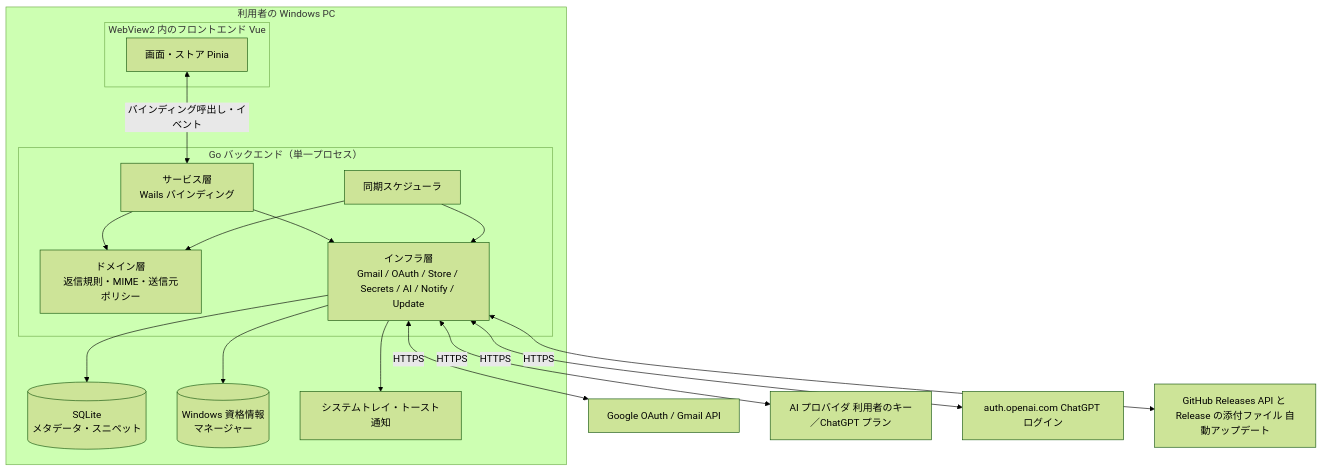
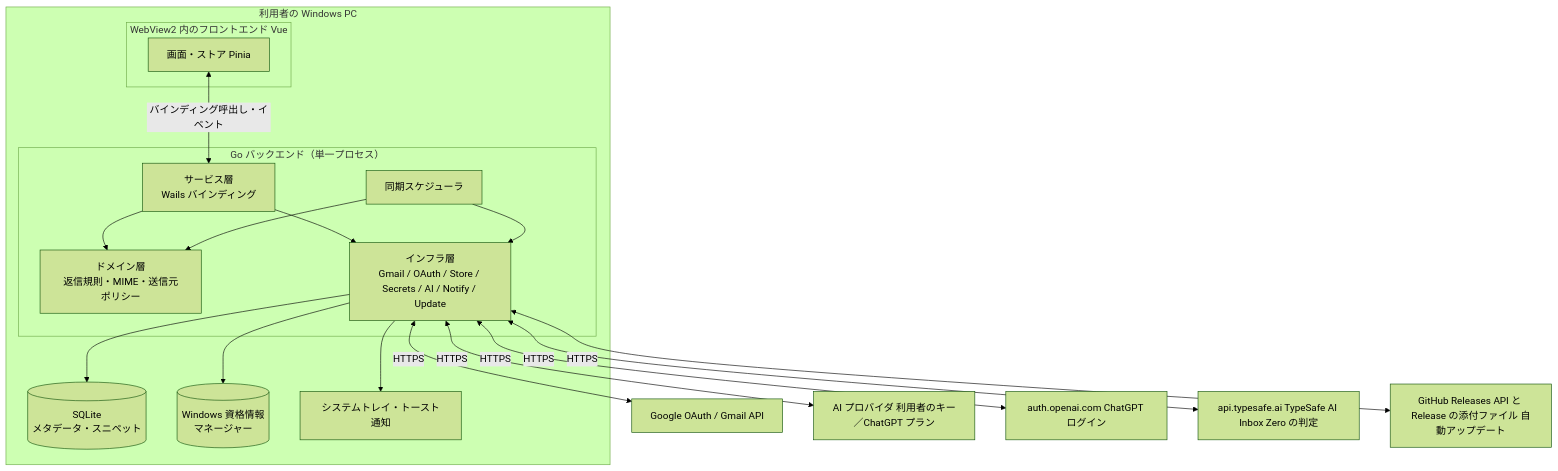
The first of 8 diagrams in docs/architecture/overview.md (ousiassllc/hitomado), drawn with Mermaid (forest theme) before and after one commit. The commit also changed other lines of this file and 2 other files, not shown here.

First line of the commit message:
docs: Inbox Zero の通信先 api.typesafe.ai を NF §2・README・アーキテクチャに追記

````diff
--- a/docs/architecture/overview.md
+++ b/docs/architecture/overview.md
@@ -41,29 +41,30 @@
 ```mermaid
 graph TD
   subgraph PC[利用者の Windows PC]
     subgraph FE[WebView2 内のフロントエンド Vue]
       V[画面・ストア Pinia]
     end
     subgraph BE[Go バックエンド（単一プロセス）]
       SV[サービス層<br/>Wails バインディング]
       DM[ドメイン層<br/>返信規則・MIME・送信元ポリシー]
       SY[同期スケジューラ]
       INF[インフラ層<br/>Gmail / OAuth / Store / Secrets / AI / Notify / Update]
     end
     DB[(SQLite<br/>メタデータ・スニペット)]
     KS[(Windows 資格情報<br/>マネージャー)]
     TR[システムトレイ・トースト通知]
   end
   V <-->|バインディング呼出し・イベント| SV
   SV --> DM
   SV --> INF
   SY --> INF
   SY --> DM
   INF --> DB
   INF --> KS
   INF --> TR
   INF <-->|HTTPS| GG[Google OAuth / Gmail API]
   INF <-->|HTTPS| AI[AI プロバイダ 利用者のキー／ChatGPT プラン]
   INF <-->|HTTPS| OA[auth.openai.com ChatGPT ログイン]
+  INF <-->|HTTPS| TS[api.typesafe.ai TypeSafe AI Inbox Zero の判定]
   INF <-->|HTTPS| GH[GitHub Releases API と Release の添付ファイル 自動アップデート]
 ```
````
